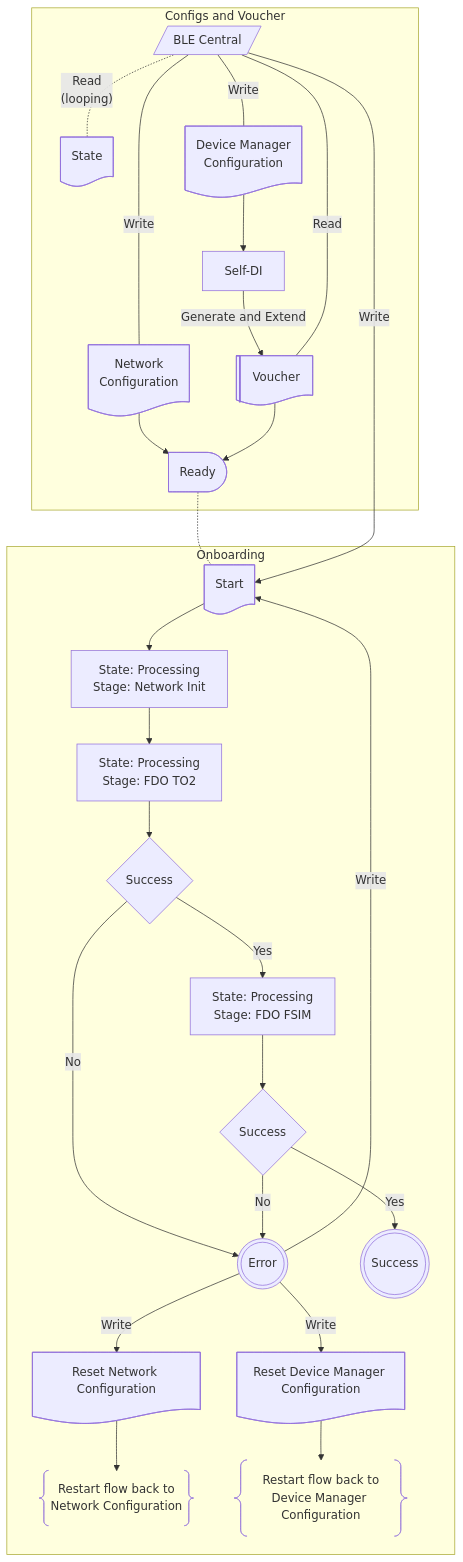
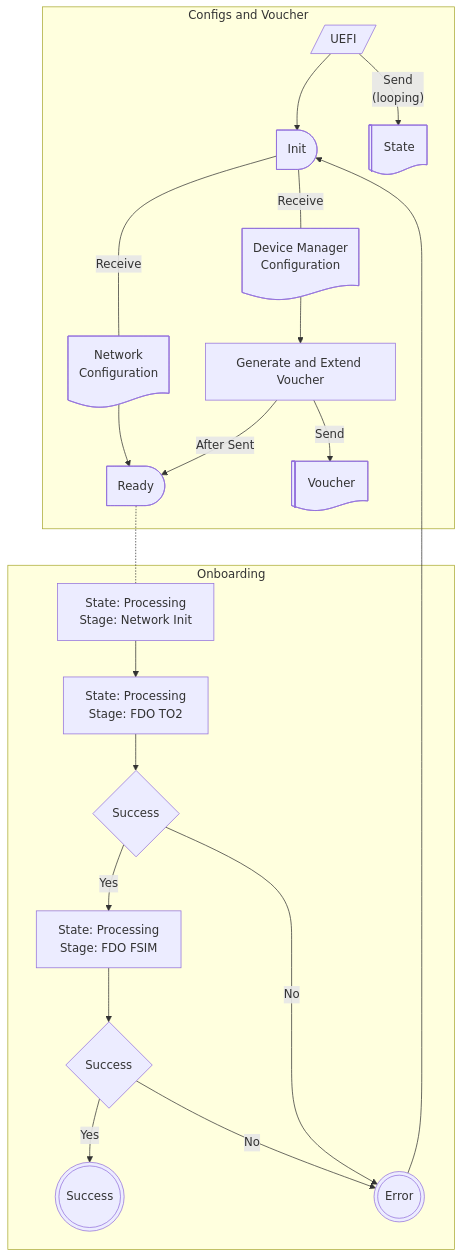
Before and after one commit to fido-device-onboard/uefi-ble-fdo: the third of 3 diagrams in SPEC.md, drawn with Mermaid. The commit also changed other lines of this file, not shown here.

````diff
--- a/SPEC.md
+++ b/SPEC.md
@@ -103,40 +112,33 @@
 ```mermaid
 flowchart TD
     subgraph Configs and Voucher
-    central@{ shape: lean-r, label: "BLE Central" }
-    central -. Read<br/>(looping) .- state@{ shape: doc, label: "State" }
-    central -- Write --- netConfig@{ shape: doc, label: "Network<br/>Configuration" }
-    central -- Write --- devmgrConfig@{ shape: doc, label: "Device Manager<br/>Configuration" }
-    devmgrConfig --> selfDI[Self-DI]
-    voucher@{shape: lin-doc, label: "Voucher"} -- Read --- central
-    selfDI -- Generate and Extend --> voucher
+    central@{ shape: lean-r, label: "UEFI" }
+    init@{ shape: delay, label: "Init" }
+    central --> init
+    central -- Send<br/>(looping) --> state@{ shape: lin-doc, label: "State" }
+    init -- Receive --- netConfig@{ shape: doc, label: "Network<br/>Configuration" }
+    init -- Receive --- devmgrConfig@{ shape: doc, label: "Device Manager<br/>Configuration" }
+    devmgrConfig --> selfDI[Generate and Extend Voucher]
+    %% voucher@{shape: lin-doc, label: "Voucher"} -- Write --- smartphone
     netConfig --> ready
-    voucher --> ready@{ shape: delay, label: "Ready" }
+    selfDI -- After Sent--> ready@{ shape: delay, label: "Ready" }
+    selfDI -- Send --> voucher@{shape: lin-doc, label: "Voucher"}
 
     end
 
     subgraph Onboarding
     %% ready -.- state@{ shape: doc, label: "State" }
-    ready -.- start@{ shape: doc, label: "Start" }
-    central -- Write --> start
-    netInit[State: Processing<br/>Stage: Network Init] --> fdoConnect[State: Processing<br/>Stage: FDO TO2]
+    ready -.- netinit[State: Processing<br/>Stage: Network Init] --> fdoConnect[State: Processing<br/>Stage: FDO TO2]
 
     fdoConnect --> connected@{ shape: diamond, label: "Success" }
     connected -- Yes --> fdoXFER[State: Processing<br/>Stage: FDO FSIM]
     connected -- No -->error@{ shape: dbl-circ, label: "Error" }
-    error -- Write --> rnetConfig@{ shape: doc, label: "Reset Network Configuration" }
-    rnetConfig --> resetNetCfg@{ shape: braces, label: "Restart flow back to<br/>Network Configuration" }
 
     fdoXFER --> transferred@{ shape: diamond, label: "Success" }
     transferred -- Yes --> success@{ shape: dbl-circ, label: "Success" }
     transferred -- No -->error
 
-    error -- Write --> rdevmgrConfig@{ shape: doc, label: "Reset Device Manager Configuration" }
-    rdevmgrConfig  --> resetDevMgrCfg@{ shape: braces, label: "Restart flow back to<br/>Device Manager Configuration" }
-
-    error -- Write --> start
-    start --> netInit
+    error --> init
 
     end
-
 ```
````
